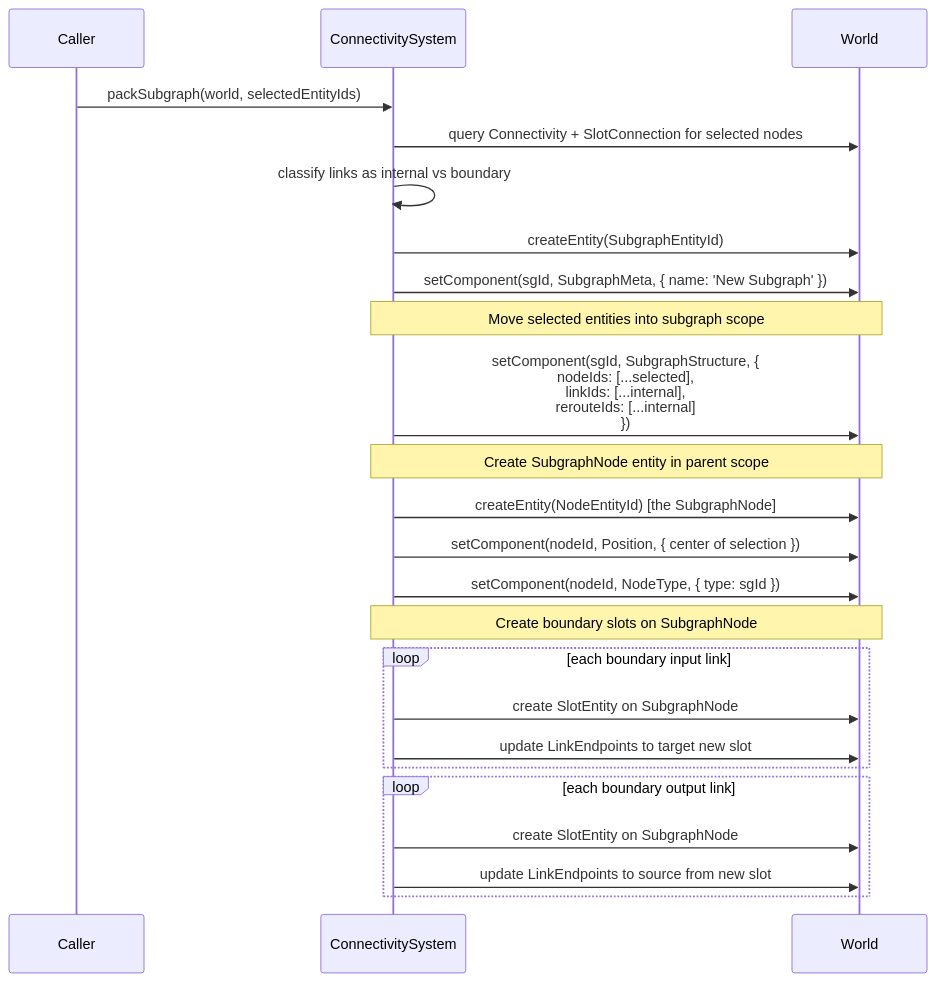
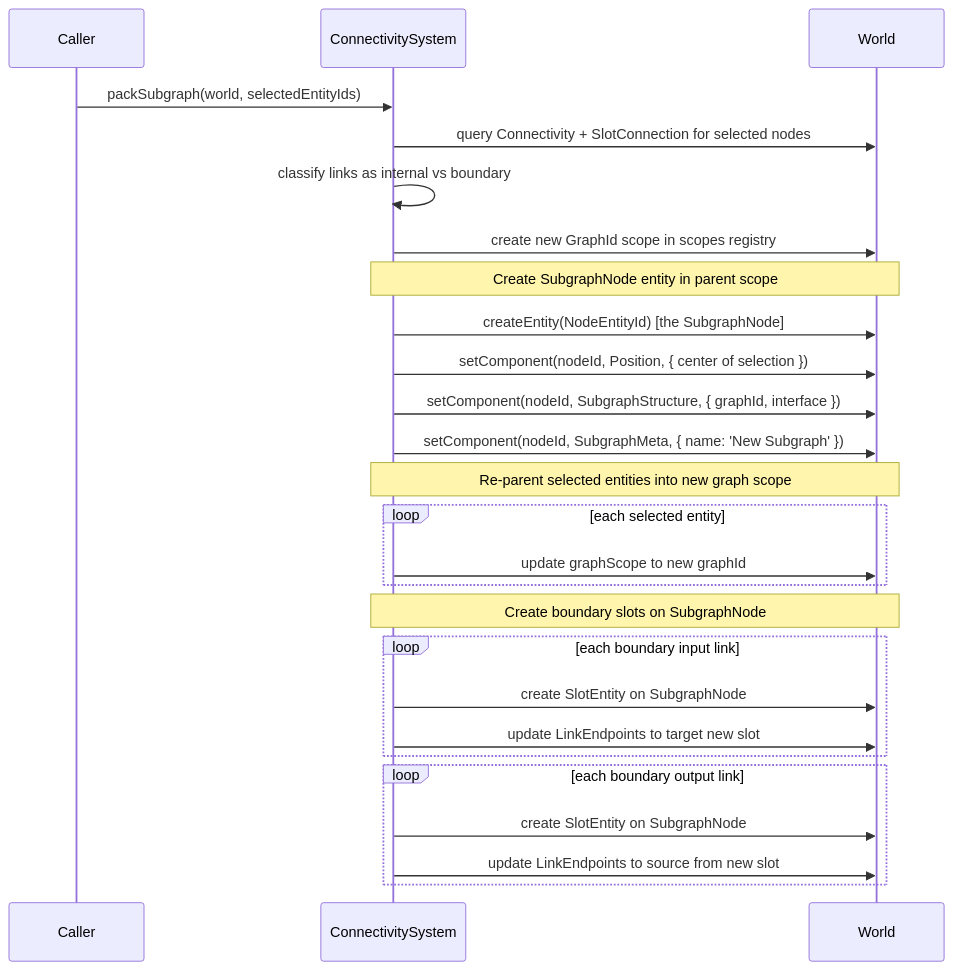
Before and after one commit to Comfy-Org/ComfyUI_frontend: the eighth of 14 diagrams in docs/architecture/ecs-lifecycle-scenarios.md, drawn with Mermaid. The commit also changed other lines of this file and 6 other files, not shown here.

First line of the commit message:
docs: add subgraph boundaries doc, unify graph model across ECS architecture

````diff
--- a/docs/architecture/ecs-lifecycle-scenarios.md
+++ b/docs/architecture/ecs-lifecycle-scenarios.md
@@ -393,36 +393,38 @@
 ```mermaid
 sequenceDiagram
     participant Caller
     participant CS as ConnectivitySystem
     participant W as World
 
     Caller->>CS: packSubgraph(world, selectedEntityIds)
 
     CS->>W: query Connectivity + SlotConnection for selected nodes
     CS->>CS: classify links as internal vs boundary
 
-    CS->>W: createEntity(SubgraphEntityId)
-    CS->>W: setComponent(sgId, SubgraphMeta, { name: 'New Subgraph' })
-
-    Note over CS,W: Move selected entities into subgraph scope
-
-    CS->>W: setComponent(sgId, SubgraphStructure, {<br/>  nodeIds: [...selected],<br/>  linkIds: [...internal],<br/>  rerouteIds: [...internal]<br/>})
+    CS->>W: create new GraphId scope in scopes registry
 
     Note over CS,W: Create SubgraphNode entity in parent scope
 
     CS->>W: createEntity(NodeEntityId) [the SubgraphNode]
     CS->>W: setComponent(nodeId, Position, { center of selection })
-    CS->>W: setComponent(nodeId, NodeType, { type: sgId })
+    CS->>W: setComponent(nodeId, SubgraphStructure, { graphId, interface })
+    CS->>W: setComponent(nodeId, SubgraphMeta, { name: 'New Subgraph' })
+
+    Note over CS,W: Re-parent selected entities into new graph scope
+
+    loop each selected entity
+        CS->>W: update graphScope to new graphId
+    end
 
     Note over CS,W: Create boundary slots on SubgraphNode
 
     loop each boundary input link
         CS->>W: create SlotEntity on SubgraphNode
         CS->>W: update LinkEndpoints to target new slot
     end
 
     loop each boundary output link
         CS->>W: create SlotEntity on SubgraphNode
         CS->>W: update LinkEndpoints to source from new slot
     end
 ```
````
